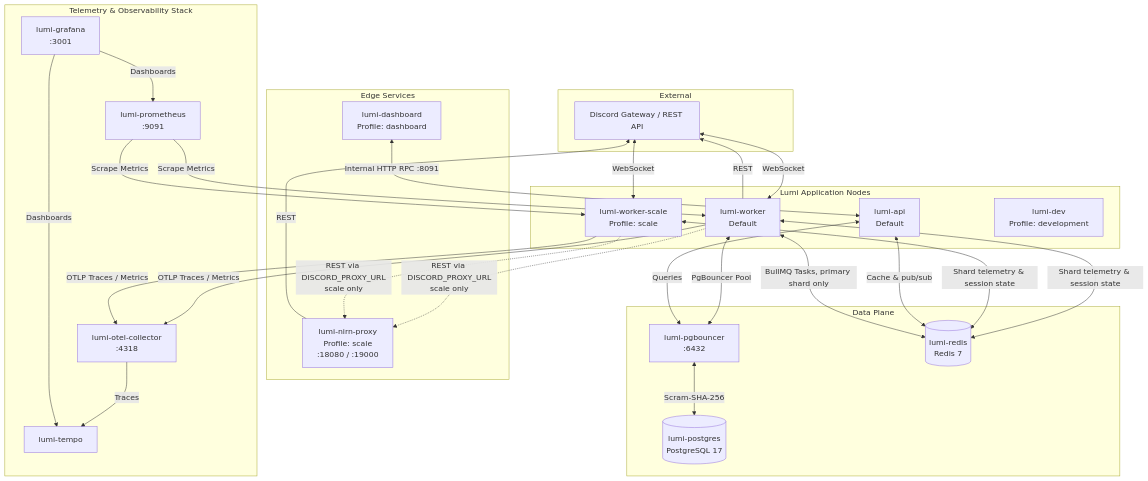
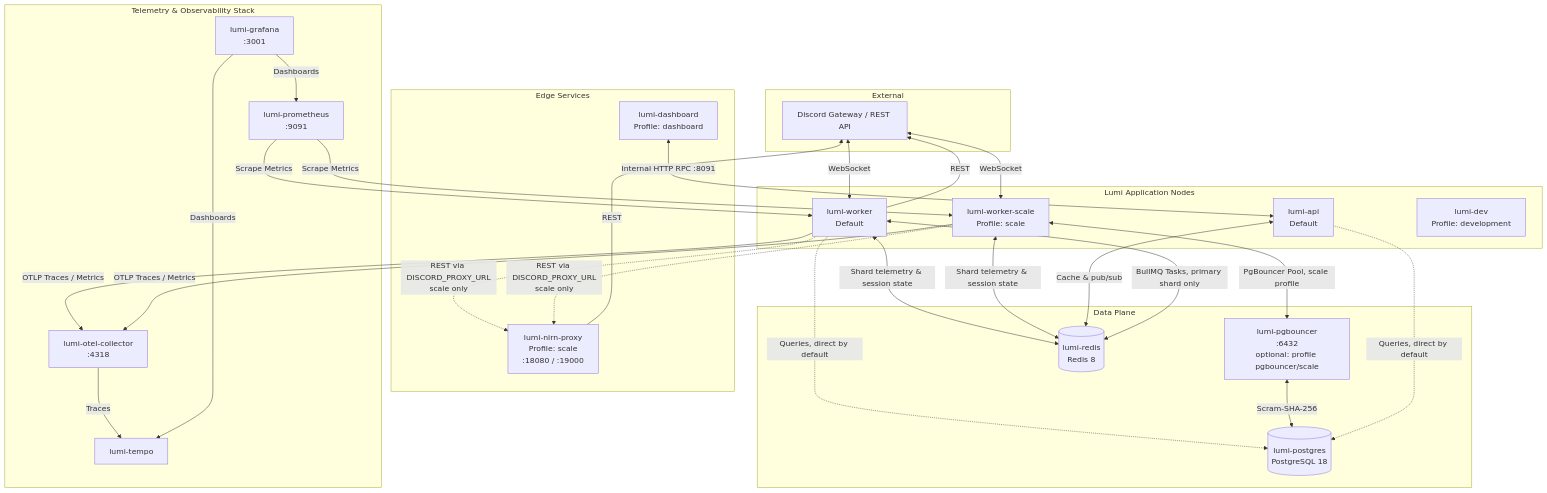
Before and after one commit to lumi-devs/Lumi: the first of 2 diagrams in deploy/docker/README.md, drawn with Mermaid. The commit also changed other lines of this file and 3 other files, not shown here.

First line of the commit message:
feat(deploy): one-shot migrate service, optional PgBouncer, documented deployment tiers

````diff
--- a/deploy/docker/README.md
+++ b/deploy/docker/README.md
@@ -35,58 +37,59 @@
 ```mermaid
 flowchart TD
     subgraph External
         Discord[Discord Gateway / REST API]
     end
 
     subgraph Edge Services
         NP[lumi-nirn-proxy<br/>Profile: scale<br/>:18080 / :19000]
         Dash[lumi-dashboard<br/>Profile: dashboard]
     end
 
     subgraph Lumi Application Nodes
         W[lumi-worker<br/>Default]
         WS[lumi-worker-scale<br/>Profile: scale]
         Api[lumi-api<br/>Default]
         Dev[lumi-dev<br/>Profile: development]
     end
 
     subgraph Data Plane
-        PGB[lumi-pgbouncer<br/>:6432]
-        PG[(lumi-postgres<br/>PostgreSQL 17)]
-        Redis[(lumi-redis<br/>Redis 7)]
+        PGB[lumi-pgbouncer<br/>:6432<br/>optional: profile pgbouncer/scale]
+        PG[(lumi-postgres<br/>PostgreSQL 18)]
+        Redis[(lumi-redis<br/>Redis 8)]
     end
 
     subgraph Telemetry & Observability Stack
         OTEL[lumi-otel-collector<br/>:4318]
         Prom[lumi-prometheus<br/>:9091]
         Tempo[lumi-tempo]
         Graf[lumi-grafana<br/>:3001]
     end
 
     Discord <-->|WebSocket| W
     Discord <-->|WebSocket| WS
     W -->|REST| Discord
     NP -->|REST| Discord
 
     W -.->|REST via DISCORD_PROXY_URL<br/>scale only| NP
     WS -.->|REST via DISCORD_PROXY_URL<br/>scale only| NP
 
     W <-->|Shard telemetry & session state| Redis
     WS <-->|Shard telemetry & session state| Redis
-    W <-->|PgBouncer Pool| PGB
+    W -.->|Queries, direct by default| PG
+    WS <-->|PgBouncer Pool, scale profile| PGB
     PGB <-->|Scram-SHA-256| PG
 
     Dash <-->|Internal HTTP RPC :8091| Api
-    Api <-->|Queries| PGB
+    Api -.->|Queries, direct by default| PG
     Api <-->|Cache & pub/sub| Redis
 
     W <-->|BullMQ Tasks, primary shard only| Redis
 
     W -->|OTLP Traces / Metrics| OTEL
     WS -->|OTLP Traces / Metrics| OTEL
     OTEL -->|Traces| Tempo
     Prom -->|Scrape Metrics| W
     Prom -->|Scrape Metrics| WS
     Graf -->|Dashboards| Prom
     Graf -->|Dashboards| Tempo
 ```
````
